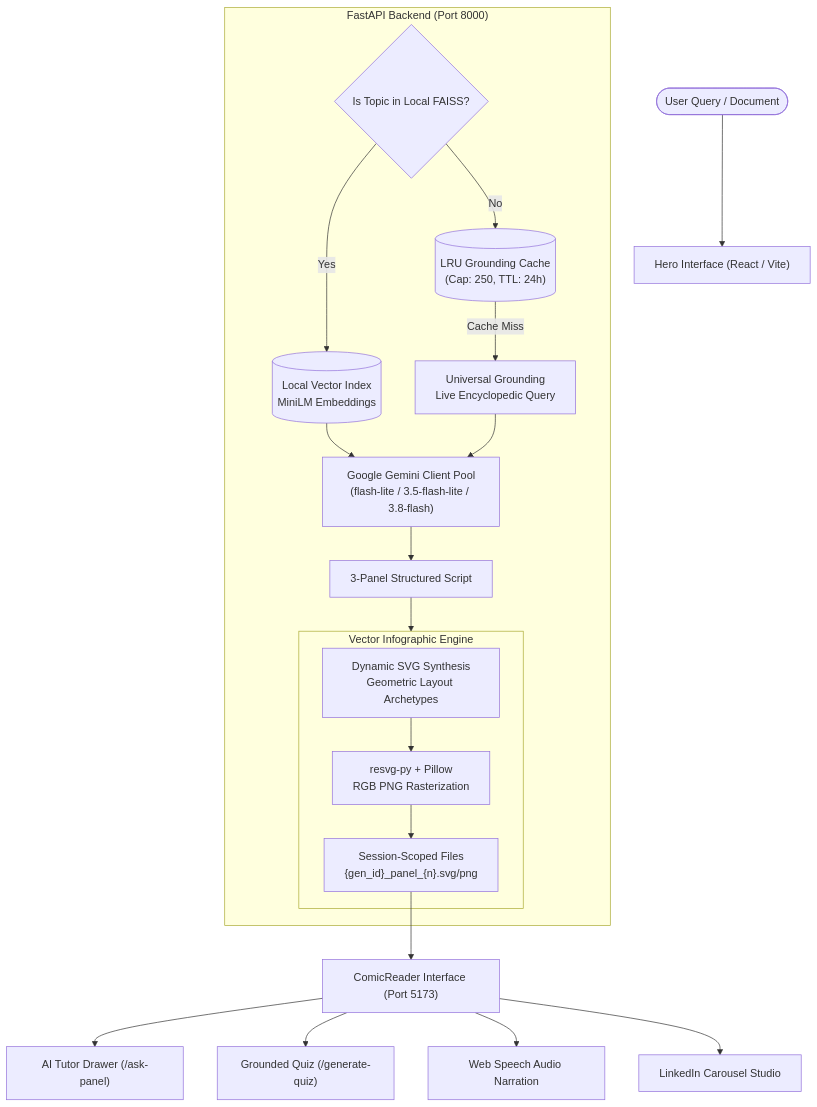
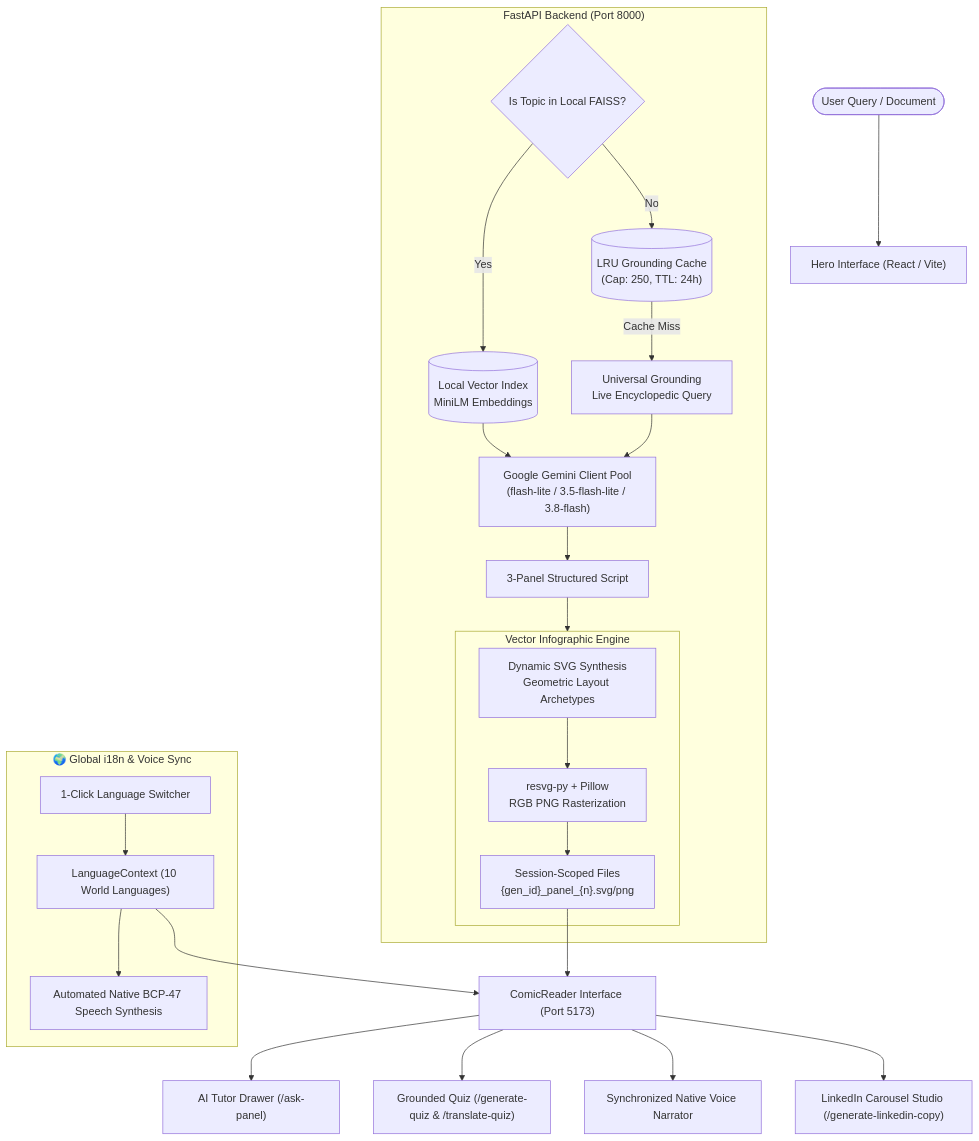
The diagram in README.md (SafdarAliRajpura/explainit), drawn with Mermaid before and after one commit. The commit also changed other lines of this file, not shown here.

Commit message:
docs: update README with synchronized voice narrator, full-system i18n, and cleaned capsule architecture

````diff
--- a/README.md
+++ b/README.md
@@ -59,36 +61,45 @@
 ```mermaid
 flowchart TD
     User(["User Query / Document"]) --> Hero["Hero Interface (React / Vite)"]
+    
+    subgraph LanguageEngine ["🌍 Global i18n & Voice Sync"]
+        LangContext["LanguageContext (10 World Languages)"]
+        LangSwitcher["1-Click Language Switcher"]
+        SpeechSync["Automated Native BCP-47 Speech Synthesis"]
+        LangSwitcher --> LangContext
+        LangContext --> SpeechSync
+    end
     
     subgraph Backend ["FastAPI Backend (Port 8000)"]
         Router{"Is Topic in Local FAISS?"}
         FAISS[("Local Vector Index\nMiniLM Embeddings")]
         Wiki["Universal Grounding\nLive Encyclopedic Query"]
         LRU[("LRU Grounding Cache\n(Cap: 250, TTL: 24h)")]
         
         Router -- Yes --> FAISS
         Router -- No --> LRU
         LRU -- Cache Miss --> Wiki
         
         LLM["Google Gemini Client Pool\n(flash-lite / 3.5-flash-lite / 3.8-flash)"]
         FAISS --> LLM
         Wiki --> LLM
         
         Script["3-Panel Structured Script"]
         LLM --> Script
         
         subgraph Visuals ["Vector Infographic Engine"]
             SVG["Dynamic SVG Synthesis\nGeometric Layout Archetypes"]
             Raster["resvg-py + Pillow\nRGB PNG Rasterization"]
             Session["Session-Scoped Files\n{gen_id}_panel_{n}.svg/png"]
             SVG --> Raster --> Session
         end
         Script --> Visuals
     end
     
     Session --> Reader["ComicReader Interface (Port 5173)"]
+    LangContext --> Reader
     Reader --> Tutor["AI Tutor Drawer (/ask-panel)"]
-    Reader --> QuizMod["Grounded Quiz (/generate-quiz)"]
-    Reader --> Audio["Web Speech Audio Narration"]
-    Reader --> Studio["LinkedIn Carousel Studio"]
+    Reader --> QuizMod["Grounded Quiz (/generate-quiz & /translate-quiz)"]
+    Reader --> Audio["Synchronized Native Voice Narrator"]
+    Reader --> Studio["LinkedIn Carousel Studio (/generate-linkedin-copy)"]
 ```
````
